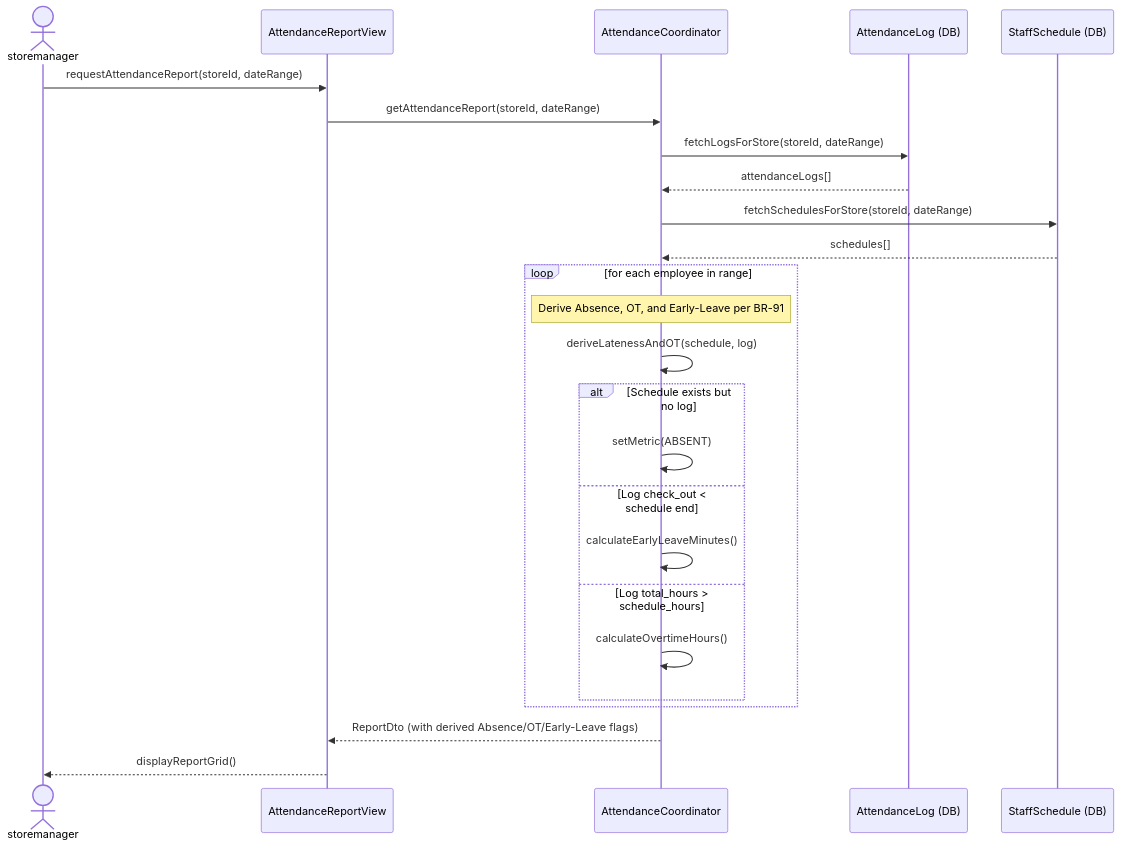
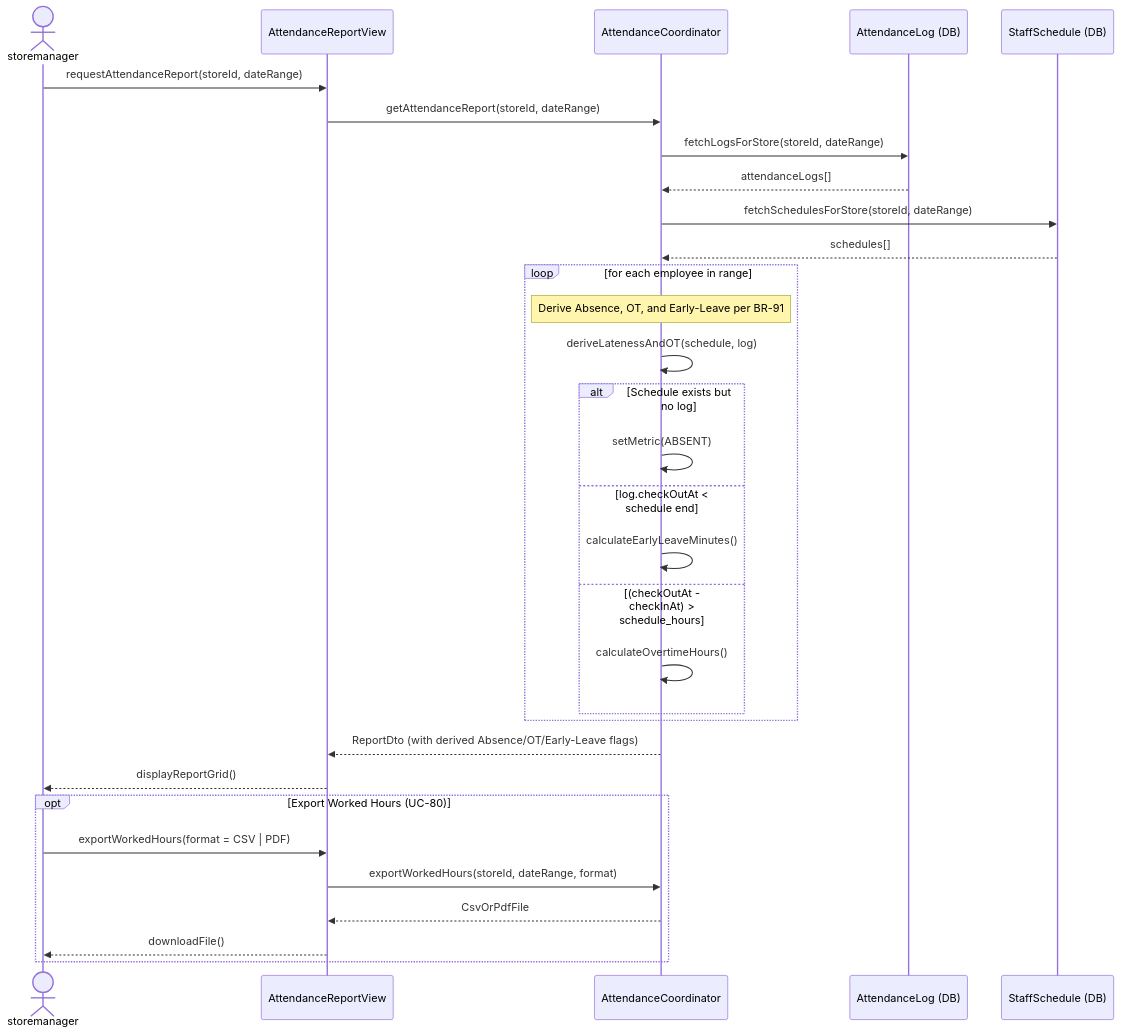
Before and after one commit to Shaichi/khoga_cafe: the seventh of 7 diagrams in docs/rds_sections/12_detailed_3_9_staff_management.md, drawn with Mermaid. The commit also changed other lines of this file and 22 other files, not shown here.

````diff
--- a/docs/rds_sections/12_detailed_3_9_staff_management.md
+++ b/docs/rds_sections/12_detailed_3_9_staff_management.md
@@ -244,30 +320,37 @@
 ```mermaid
 sequenceDiagram
     actor storemanager
     participant ReportView as AttendanceReportView
     participant AttendCoord as AttendanceCoordinator
     participant AttendDB as AttendanceLog (DB)
     participant ScheduleDB as StaffSchedule (DB)
 
     storemanager->>ReportView: requestAttendanceReport(storeId, dateRange)
     ReportView->>AttendCoord: getAttendanceReport(storeId, dateRange)
     AttendCoord->>AttendDB: fetchLogsForStore(storeId, dateRange)
     AttendDB-->>AttendCoord: attendanceLogs[]
     AttendCoord->>ScheduleDB: fetchSchedulesForStore(storeId, dateRange)
     ScheduleDB-->>AttendCoord: schedules[]
 
     loop for each employee in range
         Note over AttendCoord: Derive Absence, OT, and Early-Leave per BR-91
         AttendCoord->>AttendCoord: deriveLatenessAndOT(schedule, log)
         alt Schedule exists but no log
             AttendCoord->>AttendCoord: setMetric(ABSENT)
-        else Log check_out < schedule end
+        else log.checkOutAt < schedule end
             AttendCoord->>AttendCoord: calculateEarlyLeaveMinutes()
-        else Log total_hours > schedule_hours
+        else (checkOutAt - checkInAt) > schedule_hours
             AttendCoord->>AttendCoord: calculateOvertimeHours()
         end
     end
 
     AttendCoord-->>ReportView: ReportDto (with derived Absence/OT/Early-Leave flags)
     ReportView-->>storemanager: displayReportGrid()
+
+    opt Export Worked Hours (UC-80)
+        storemanager->>ReportView: exportWorkedHours(format = CSV | PDF)
+        ReportView->>AttendCoord: exportWorkedHours(storeId, dateRange, format)
+        AttendCoord-->>ReportView: CsvOrPdfFile
+        ReportView-->>storemanager: downloadFile()
+    end
 ```
````
